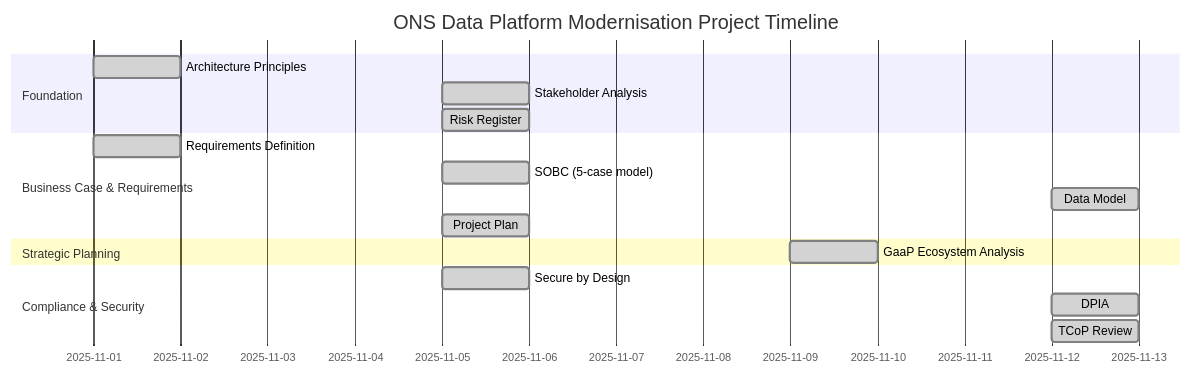
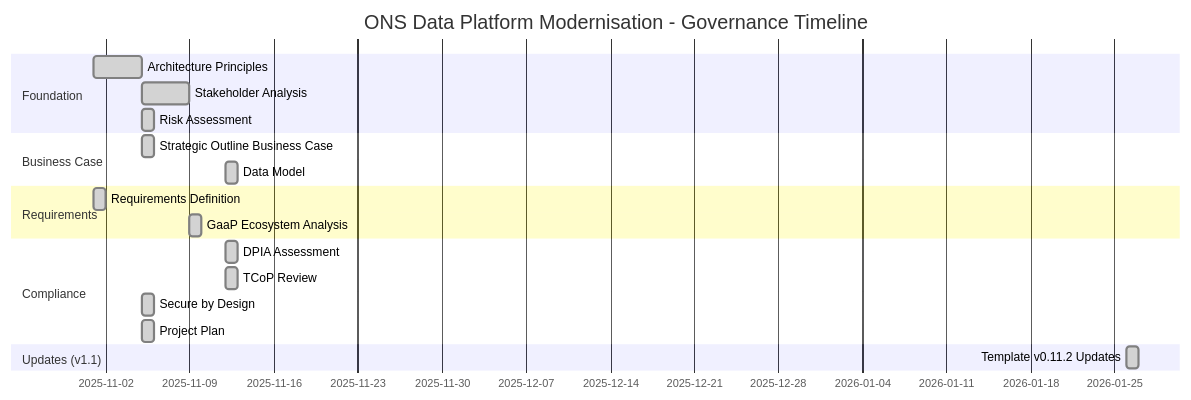
The first of 9 diagrams in projects/001-ons-data-platform-modernisation/PROJECT-STORY.md (tractorjuice/arckit-test-project-v8-ons-data-platform), drawn with Mermaid before and after one commit. The commit also changed other lines of this file and 10 other files, not shown here.

First line of the commit message:
docs: update ONS project artifacts to template v0.11.2

````diff
--- a/projects/001-ons-data-platform-modernisation/PROJECT-STORY.md
+++ b/projects/001-ons-data-platform-modernisation/PROJECT-STORY.md
@@ -76,24 +88,27 @@
 ```mermaid
 gantt
-    title ONS Data Platform Modernisation Project Timeline
+    title ONS Data Platform Modernisation - Governance Timeline
     dateFormat YYYY-MM-DD
 
     section Foundation
-    Architecture Principles         :done, principles, 2025-11-01, 1d
-    Stakeholder Analysis           :done, stakeholders, 2025-11-05, 1d
-    Risk Register                  :done, risk, 2025-11-05, 1d
+    Architecture Principles         :done, principles, 2025-11-01, 4d
+    Stakeholder Analysis           :done, stakeholders, 2025-11-05, 4d
+    Risk Assessment                :done, risk, 2025-11-05, 1d
 
-    section Business Case & Requirements
+    section Business Case
+    Strategic Outline Business Case :done, sobc, 2025-11-05, 1d
+    Data Model                     :done, data, 2025-11-12, 1d
+
+    section Requirements
     Requirements Definition        :done, req, 2025-11-01, 1d
-    SOBC (5-case model)           :done, sobc, 2025-11-05, 1d
-    Data Model                     :done, data, 2025-11-12, 1d
-    Project Plan                   :done, plan, 2025-11-05, 1d
+    GaaP Ecosystem Analysis       :done, gaap, 2025-11-09, 1d
 
-    section Strategic Planning
-    GaaP Ecosystem Analysis        :done, gaap, 2025-11-09, 1d
+    section Compliance
+    DPIA Assessment               :done, dpia, 2025-11-12, 1d
+    TCoP Review                   :done, tcop, 2025-11-12, 1d
+    Secure by Design              :done, secure, 2025-11-05, 1d
+    Project Plan                  :done, plan, 2025-11-05, 1d
 
-    section Compliance & Security
-    Secure by Design              :done, secure, 2025-11-05, 1d
-    DPIA                          :done, dpia, 2025-11-12, 1d
-    TCoP Review                   :done, tcop, 2025-11-12, 1d
+    section Updates (v1.1)
+    Template v0.11.2 Updates      :done, updates, 2026-01-26, 1d
 ```
````
